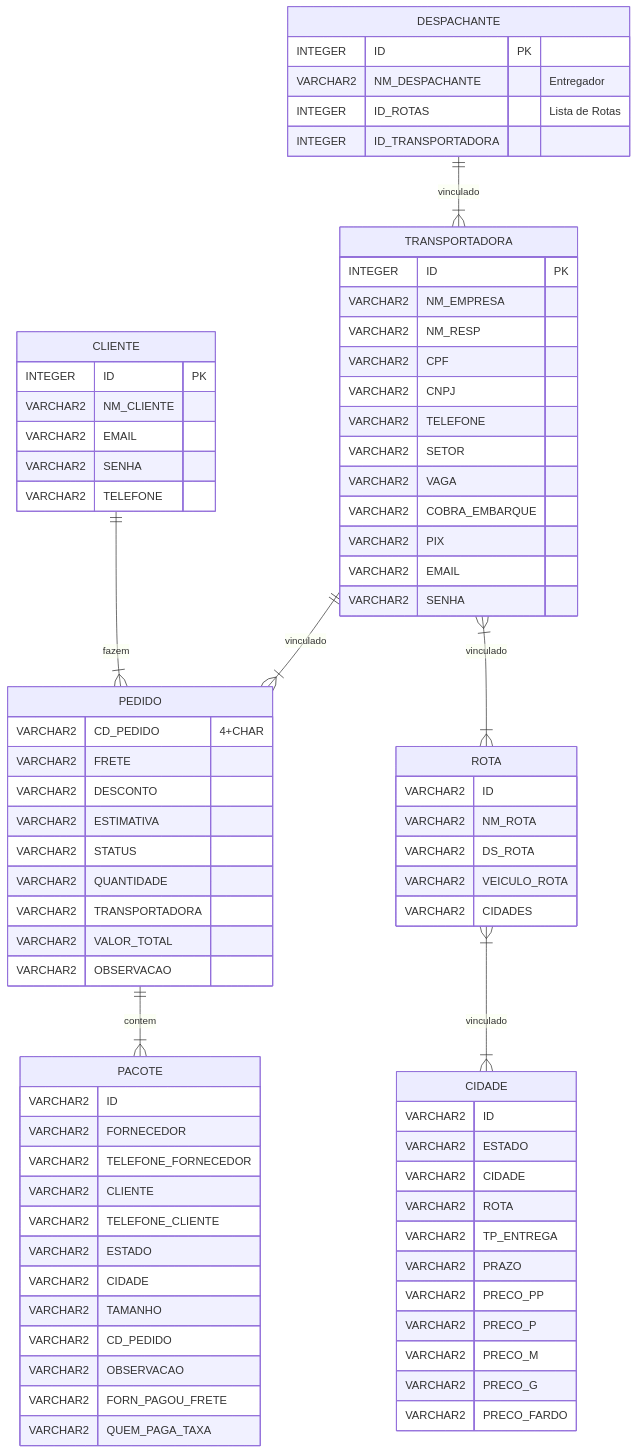
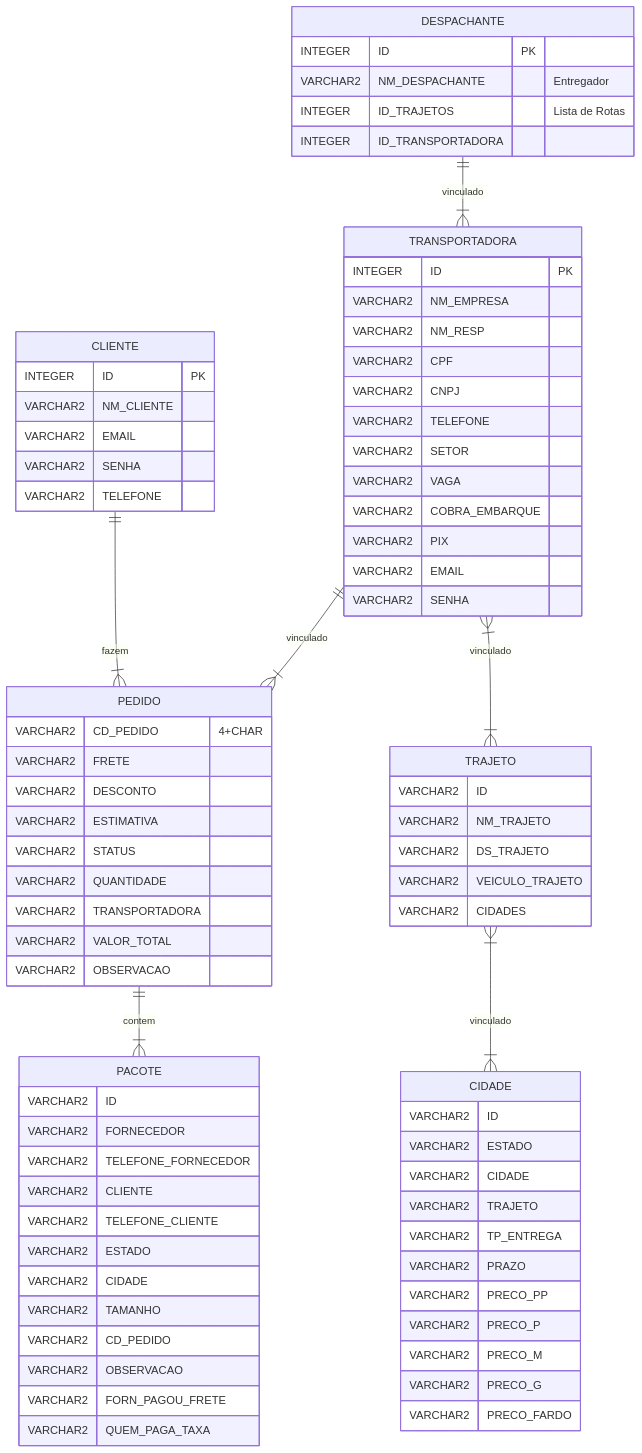
The diagram in README.md (EntregaMais/Entrega-Mais-Ruby-on-Rails), drawn with Mermaid before and after one commit. The commit also changed other lines of this file and 3 other files, not shown here.

```diff
--- a/README.md
+++ b/README.md
@@ -97,7 +74,7 @@
 	PEDIDO
 	PACOTE
 	DESPACHANTE
-	ROTA
+	TRAJETO
 	TRANSPORTADORA
 	CIDADE
 
@@ -105,10 +82,10 @@
 	CLIENTE ||--|{  PEDIDO : "fazem"
 	PEDIDO ||--|{ PACOTE : "contem"
 	DESPACHANTE ||--|{ TRANSPORTADORA : "vinculado"
-	%%ROTA ||--|{ PEDIDO : "tem"
+	%%TRAJETO ||--|{ PEDIDO : "tem"
 	TRANSPORTADORA ||--|{ PEDIDO : "vinculado"
-	TRANSPORTADORA }|--|{ ROTA : "vinculado"
-	ROTA }|--|{ CIDADE : "vinculado"
+	TRANSPORTADORA }|--|{ TRAJETO : "vinculado"
+	TRAJETO }|--|{ CIDADE : "vinculado"
 
 	%% ATRIBUTOS
 	CLIENTE {
@@ -122,7 +99,7 @@
 	DESPACHANTE {
 		INTEGER ID PK
 		VARCHAR2 NM_DESPACHANTE "Entregador"
-		INTEGER ID_ROTAS "Lista de Rotas"
+		INTEGER ID_TRAJETOS "Lista de Rotas"
 		INTEGER ID_TRANSPORTADORA
 	}
 
@@ -145,7 +122,7 @@
 		VARCHAR2 ID
 		VARCHAR2 ESTADO
 		VARCHAR2 CIDADE
-		VARCHAR2 ROTA
+		VARCHAR2 TRAJETO
 		VARCHAR2 TP_ENTREGA
 		VARCHAR2 PRAZO
 		VARCHAR2 PRECO_PP
@@ -155,11 +132,11 @@
 		VARCHAR2 PRECO_FARDO
 	}
 
-	ROTA {
+	TRAJETO {
 		VARCHAR2 ID
-		VARCHAR2 NM_ROTA
-		VARCHAR2 DS_ROTA
-		VARCHAR2 VEICULO_ROTA
+		VARCHAR2 NM_TRAJETO
+		VARCHAR2 DS_TRAJETO
+		VARCHAR2 VEICULO_TRAJETO
 		VARCHAR2 CIDADES
 	}
 
```
